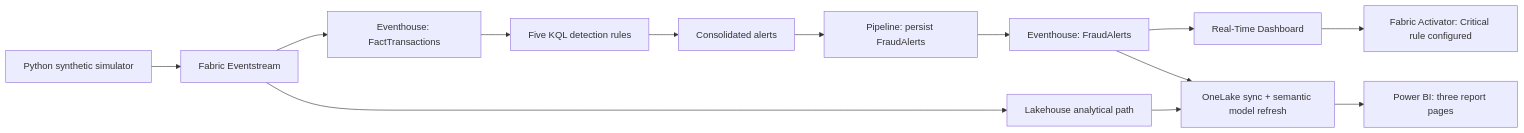
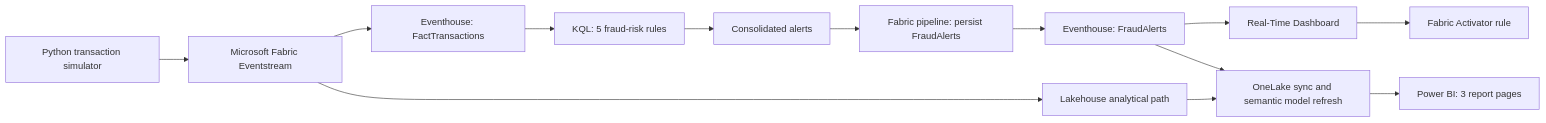
One commit to SupreetTarwarkar/Real-Time-Banking-Fraud-Analytics changed the diagram in README.md. Above: the diagram before and after it, drawn with Mermaid. The commit also changed other lines of this file and 3 other files, not shown here.

````diff
--- a/README.md
+++ b/README.md
@@ -29,15 +50,15 @@
 ```mermaid
 flowchart LR
- A["Python synthetic simulator"] --> B["Fabric Eventstream"]
- B --> C["Eventhouse: FactTransactions"]
- B --> D["Lakehouse analytical path"]
- C --> E["Five KQL detection rules"]
- E --> F["Consolidated alerts"]
- F --> G["Pipeline: persist FraudAlerts"]
- G --> H["Eventhouse: FraudAlerts"]
- H --> I["Real-Time Dashboard"]
- H --> J["OneLake sync + semantic model refresh"]
- D --> J
- J --> K["Power BI: three report pages"]
- I --> L["Fabric Activator: Critical rule configured"]
+    A["Python transaction simulator"] --> B["Microsoft Fabric Eventstream"]
+    B --> C["Eventhouse: FactTransactions"]
+    B --> D["Lakehouse analytical path"]
+    C --> E["KQL: 5 fraud-risk rules"]
+    E --> F["Consolidated alerts"]
+    F --> G["Fabric pipeline: persist FraudAlerts"]
+    G --> H["Eventhouse: FraudAlerts"]
+    H --> I["Real-Time Dashboard"]
+    H --> J["OneLake sync and semantic model refresh"]
+    D --> J
+    J --> K["Power BI: 3 report pages"]
+    I --> L["Fabric Activator rule"]
 ```
````
